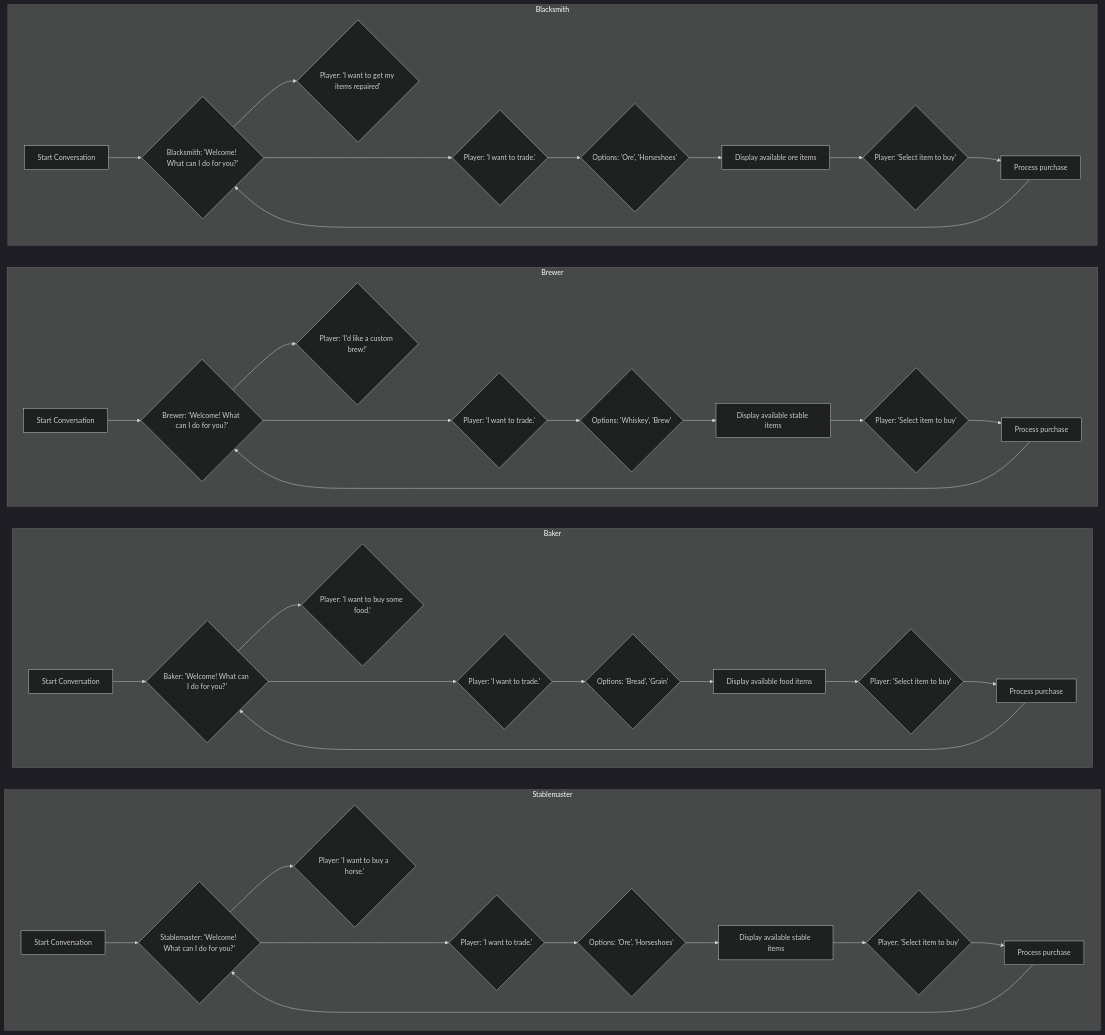
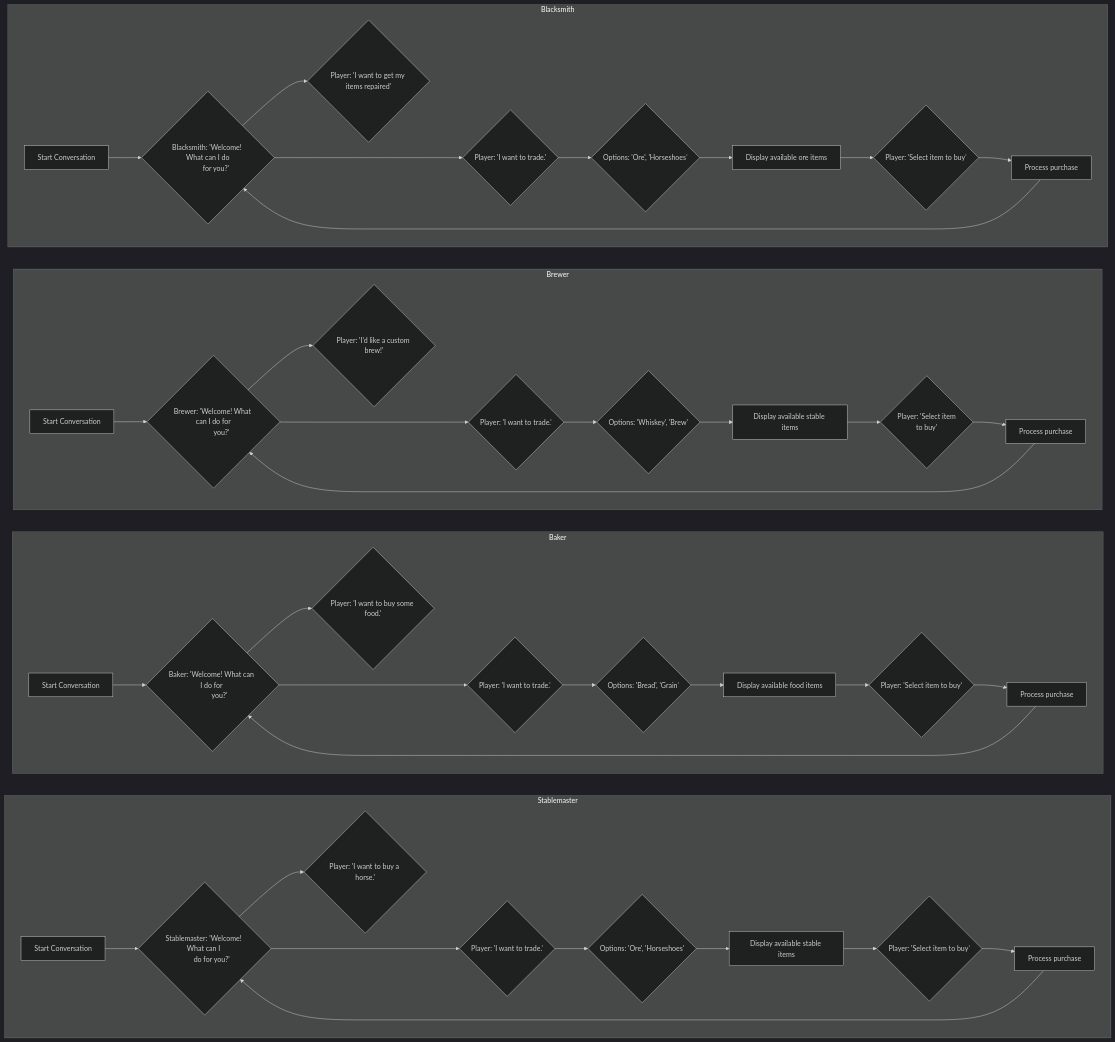
One commit to daedaebae/Econoverse changed the diagram in Dialog_Choices_Diagram.md. Above: the diagram before and after it, drawn with Mermaid (dark theme). The commit also changed other lines of this file and 1 other file, not shown here.

Commit message:
Dialogue and Econ systems Diagrams
feat: updated mermaid diagrams to show dialogue flows for each shop. Will use for automations in the future.

**Moving to Lucid for faster diagramming.

````diff
--- a/Dialog_Choices_Diagram.md
+++ b/Dialog_Choices_Diagram.md
@@ -4,51 +6,57 @@
 ```mermaid
 graph LR
     
     subgraph Stablemaster
         direction LR
-        SM_Start[Start Conversation] --> SM{Stablemaster: 'Welcome! What can I do for you?'};
+        SM_Start[Start Conversation] --> SM{Stablemaster: 'Welcome! What can I 
+        do for you?'};
         SM ---> SM_Trade{Player: 'I want to trade.'};
         SM --> SM_Services{Player: 'I want to buy a horse.'};
 
         SM_Trade --> SM_Trade_Opts{Options: 'Ore', 'Horseshoes'};
         SM_Trade_Opts --> SM_Opts[Display available stable items];
         SM_Opts --> SM_Buy{Player: 'Select item to buy'};
         SM_Buy --> SM_Purch[Process purchase];
         SM_Purch --> SM;
     end
 
     subgraph Baker
         direction LR
-        BK_Start[Start Conversation] --> BK{Baker: 'Welcome! What can I do for you?'};
+        BK_Start[Start Conversation] --> BK{Baker: 'Welcome! What can I do for 
+        you?'};
         BK ---> BK_Trade{Player: 'I want to trade.'};
         BK --> BK_Services{Player: 'I want to buy some food.'};
 
         BK_Trade --> BK_Trade_Opts{Options: 'Bread', 'Grain'};
         BK_Trade_Opts --> BK_Opts[Display available food items];
         BK_Opts --> BK_Buy{Player: 'Select item to buy'};
         BK_Buy --> BK_Purch[Process purchase];
         BK_Purch --> BK;
     end
 
     subgraph Brewer
         direction LR
-        BR_Start[Start Conversation] --> BR{Brewer: 'Welcome! What can I do for you?'} ---> BR_Trade{Player: 'I want to trade.'} 
+        BR_Start[Start Conversation] --> BR{Brewer: 'Welcome! What can I do for
+         you?'} ---> BR_Trade{Player: 'I want to trade.'} 
         BR --> BR_Services{Player: 'I'd like a custom brew!'};
 
-        BR_Trade --> BR_Trade_Opts{Options: 'Whiskey', 'Brew'} --> BR_Opts[Display available stable items] --> BR_Buy{Player: 'Select item to buy'};
+        BR_Trade --> BR_Trade_Opts{Options: 'Whiskey', 'Brew'} --> 
+        BR_Opts[Display available stable items] --> BR_Buy{Player: 'Select item
+         to buy'};
         BR_Buy --> BR_purch[Process purchase];
         BR_purch --> BR;
     end
     
     subgraph Blacksmith
         direction LR
-        BS_Start[Start Conversation] --> BS{Blacksmith: 'Welcome! What can I do for you?'} ---> BS_Trade{Player: 'I want to trade.'};
+        BS_Start[Start Conversation] --> BS{Blacksmith: 'Welcome! What can I do
+         for you?'} ---> BS_Trade{Player: 'I want to trade.'};
         BS --> BS_Services{Player: 'I want to get my items repaired'};
 
         BS_Trade --> BS_Trade_Opts{Options: 'Ore', 'Horseshoes'};
         BS_Trade_Opts --> Ore[Display available ore items];
         Ore --> BS_Buy{Player: 'Select item to buy'};
         BS_Buy --> BS_purch[Process purchase];
         BS_purch --> BS;
     end
 ```
````
